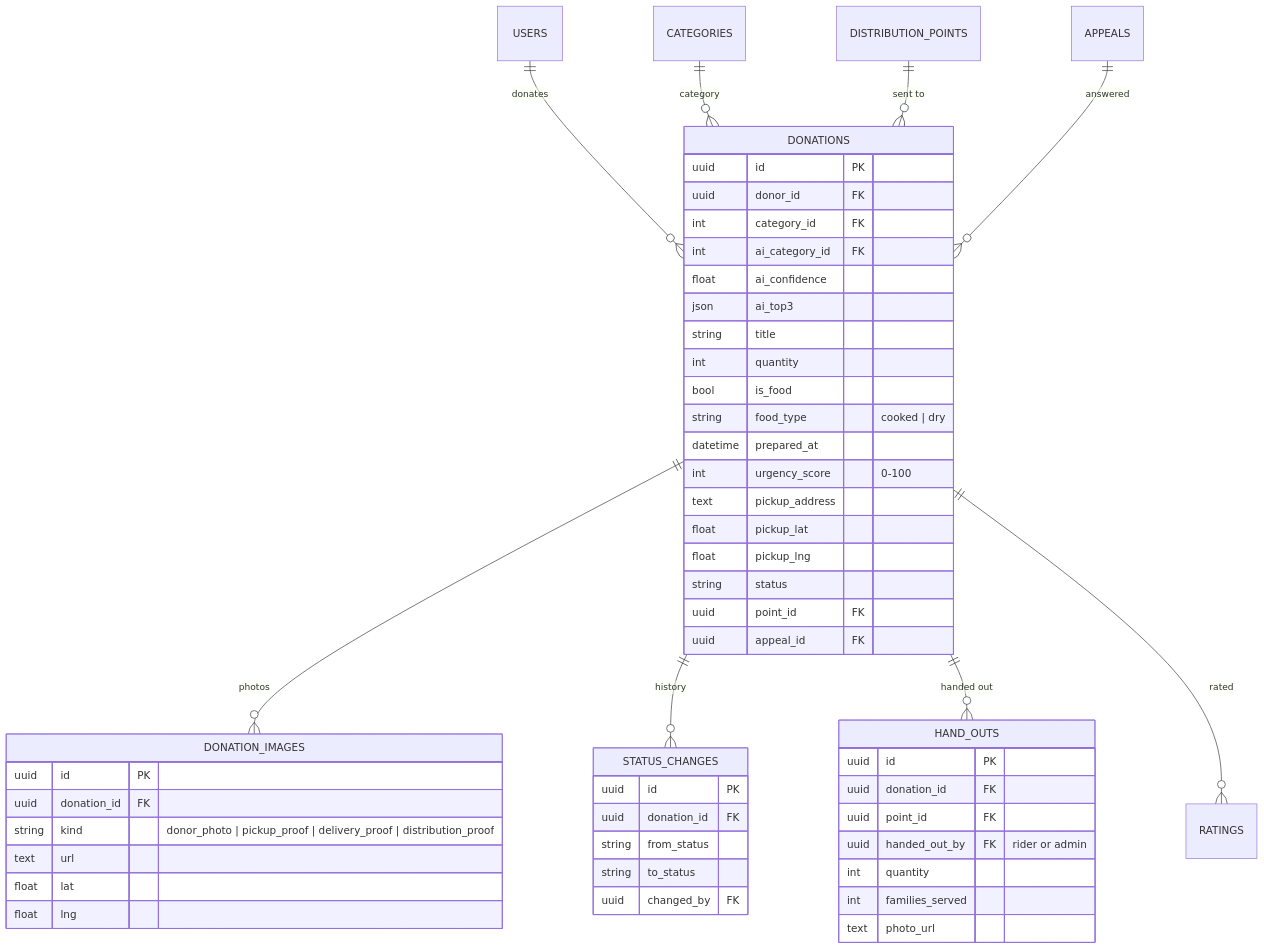
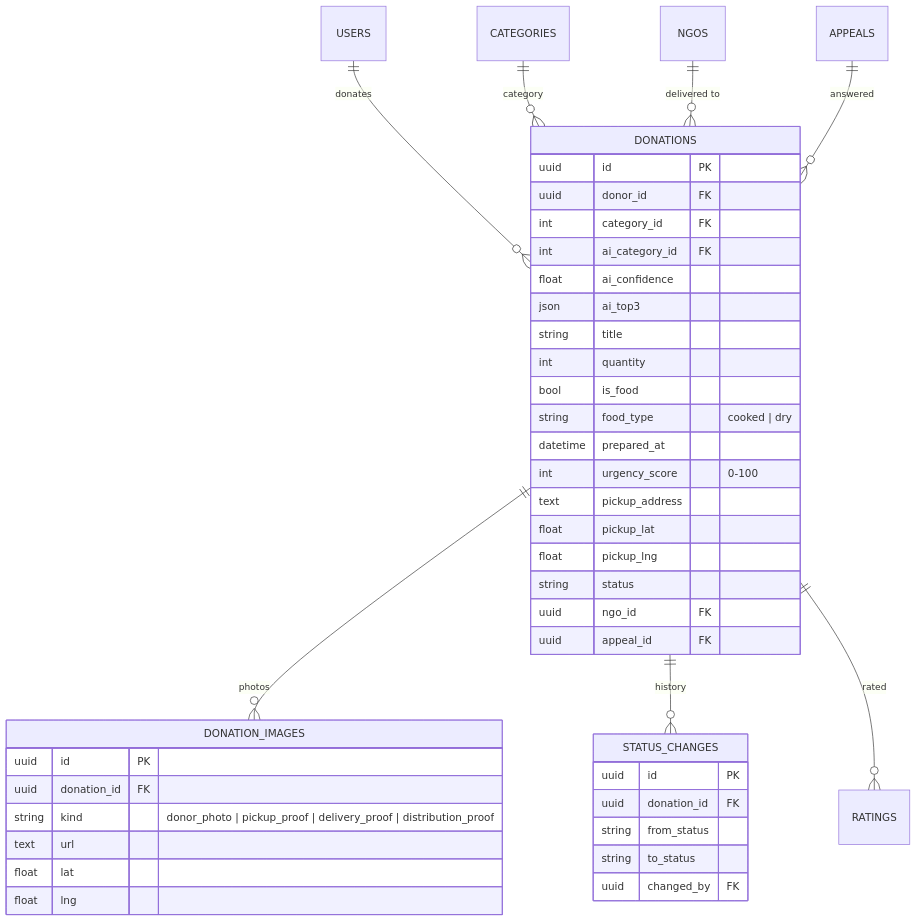
One commit to AliRaza171-cloud/raazicid changed the second of 5 diagrams in docs/ERD.md. Above: the diagram before and after it, drawn with Mermaid. The commit also changed other lines of this file and 69 other files, not shown here.

First line of the commit message:
NGOs replace distribution points, relief camps and hand-outs

````diff
--- a/docs/ERD.md
+++ b/docs/ERD.md
@@ -73,56 +73,46 @@
 ```mermaid
 erDiagram
     USERS ||--o{ DONATIONS : donates
     CATEGORIES ||--o{ DONATIONS : "category"
     DONATIONS ||--o{ DONATION_IMAGES : photos
     DONATIONS ||--o{ STATUS_CHANGES : history
-    DONATIONS ||--o{ HAND_OUTS : "handed out"
     DONATIONS ||--o{ RATINGS : rated
-    DISTRIBUTION_POINTS ||--o{ DONATIONS : "sent to"
+    NGOS ||--o{ DONATIONS : "delivered to"
     APPEALS ||--o{ DONATIONS : "answered"
 
     DONATIONS {
         uuid id PK
         uuid donor_id FK
         int category_id FK
         int ai_category_id FK
         float ai_confidence
         json ai_top3
         string title
         int quantity
         bool is_food
         string food_type "cooked | dry"
         datetime prepared_at
         int urgency_score "0-100"
         text pickup_address
         float pickup_lat
         float pickup_lng
         string status
-        uuid point_id FK
+        uuid ngo_id FK
         uuid appeal_id FK
     }
     DONATION_IMAGES {
         uuid id PK
         uuid donation_id FK
         string kind "donor_photo | pickup_proof | delivery_proof | distribution_proof"
         text url
         float lat
         float lng
     }
     STATUS_CHANGES {
         uuid id PK
         uuid donation_id FK
         string from_status
         string to_status
         uuid changed_by FK
     }
-    HAND_OUTS {
-        uuid id PK
-        uuid donation_id FK
-        uuid point_id FK
-        uuid handed_out_by FK "rider or admin"
-        int quantity
-        int families_served
-        text photo_url
-    }
 ```
````
